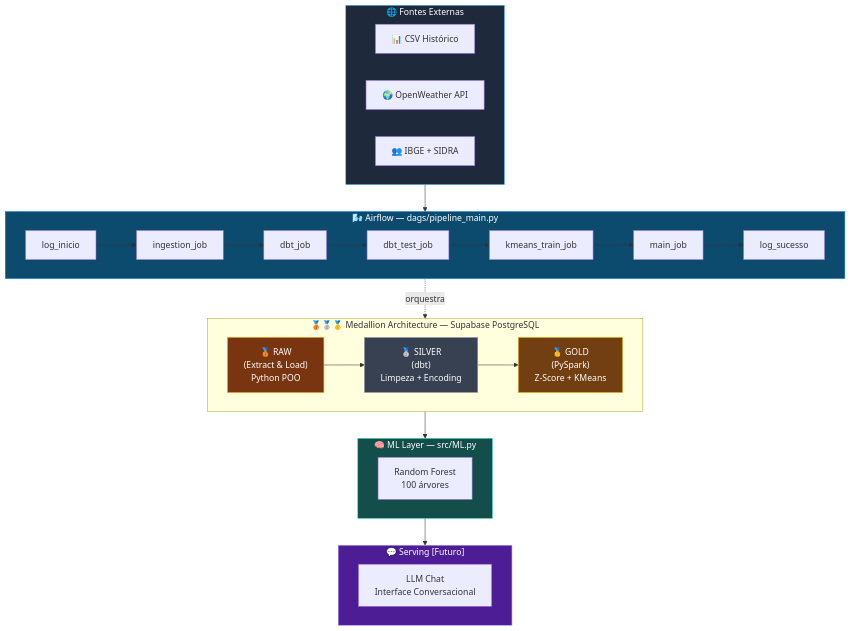
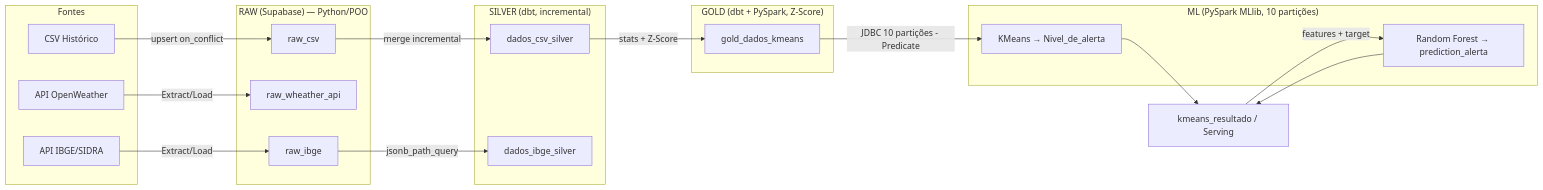
One commit to levi549/meteorologia changed the first of 4 diagrams in README.md. Above: the diagram before and after it, drawn with Mermaid. The commit also changed other lines of this file and 1 other file, not shown here.

````diff
--- a/README.md
+++ b/README.md
@@ -94,43 +225,44 @@
 ```mermaid
-flowchart TB
-    subgraph EXT["🌐 Fontes Externas"]
-        direction LR
-        CSV["📊 CSV Histórico"]
-        API["🌍 OpenWeather API"]
-        IBGE["👥 IBGE + SIDRA"]
+flowchart LR
+    subgraph Fontes
+        A1[CSV Histórico]
+        A2[API OpenWeather]
+        A3[API IBGE/SIDRA]
     end
 
-    subgraph ORQ["🌬️ Airflow — dags/pipeline_main.py"]
-        direction LR
-        A1[log_inicio] --> A2[ingestion_job] --> A3[dbt_job] --> A4[dbt_test_job] --> A5[kmeans_train_job] --> A6[main_job] --> A7[log_sucesso]
+    subgraph RAW["RAW (Supabase) — Python/POO"]
+        B1[raw_csv]
+        B2[raw_wheather_api]
+        B3[raw_ibge]
     end
 
-    subgraph MED["🥉🥈🥇 Medallion Architecture — Supabase PostgreSQL"]
-        direction LR
-        RAW["🥉 RAW\n(Extract & Load)\nPython POO"]
-        SIL["🥈 SILVER\n(dbt)\nLimpeza + Encoding"]
-        GOLD["🥇 GOLD\n(PySpark)\nZ-Score + KMeans"]
-        RAW --> SIL --> GOLD
+    subgraph SILVER["SILVER (dbt, incremental)"]
+        C1[dados_csv_silver]
+        C2[dados_ibge_silver]
     end
 
-    subgraph ML["🧠 ML Layer — src/ML.py"]
-        RF["Random Forest\n100 árvores"]
+    subgraph GOLD["GOLD (dbt + PySpark, Z-Score)"]
+        D1[gold_dados_kmeans]
     end
 
-    subgraph SERVE["💬 Serving [Futuro]"]
-        LLM["LLM Chat\nInterface Conversacional"]
+    subgraph ML["ML (PySpark MLlib, 10 partições)"]
+        E1[KMeans → Nivel_de_alerta]
+        E2[Random Forest → prediction_alerta]
     end
 
-    EXT --> ORQ
-    ORQ -.orquestra.-> MED
-    GOLD --> ML
-    ML --> SERVE
+    F[kmeans_resultado / Serving]
 
-    style EXT fill:#1e293b,stroke:#38bdf8,color:#fff
-    style ORQ fill:#0c4a6e,stroke:#017CEE,color:#fff
-    style RAW fill:#78350f,stroke:#f59e0b,color:#fff
-    style SIL fill:#374151,stroke:#9ca3af,color:#fff
-    style GOLD fill:#713f12,stroke:#eab308,color:#fff
-    style ML fill:#134e4a,stroke:#2dd4bf,color:#fff
-    style SERVE fill:#4c1d95,stroke:#a78bfa,color:#fff
+    A1 -->|upsert on_conflict| B1
+    A2 -->|Extract/Load| B2
+    A3 -->|Extract/Load| B3
+
+    B1 -->|merge incremental| C1
+    B3 -->|jsonb_path_query| C2
+
+    C1 -->|stats + Z-Score| D1
+
+    D1 -->|JDBC 10 partições - Predicate| E1
+    E1 --> F
+    F -->|features + target| E2
+    E2 --> F
 ```
````
